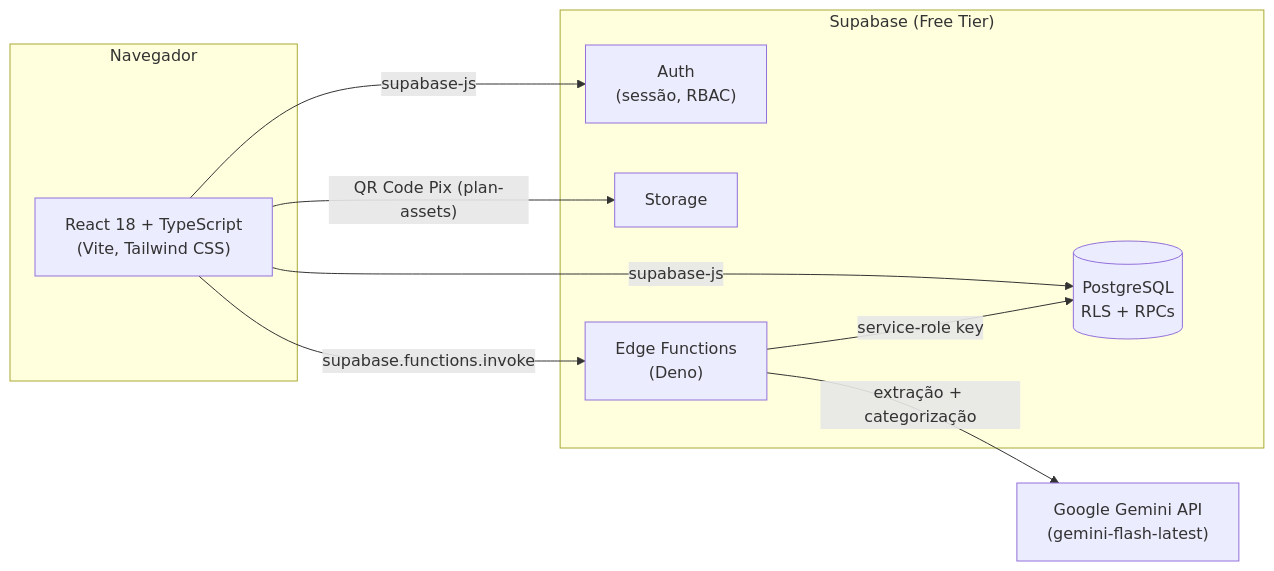
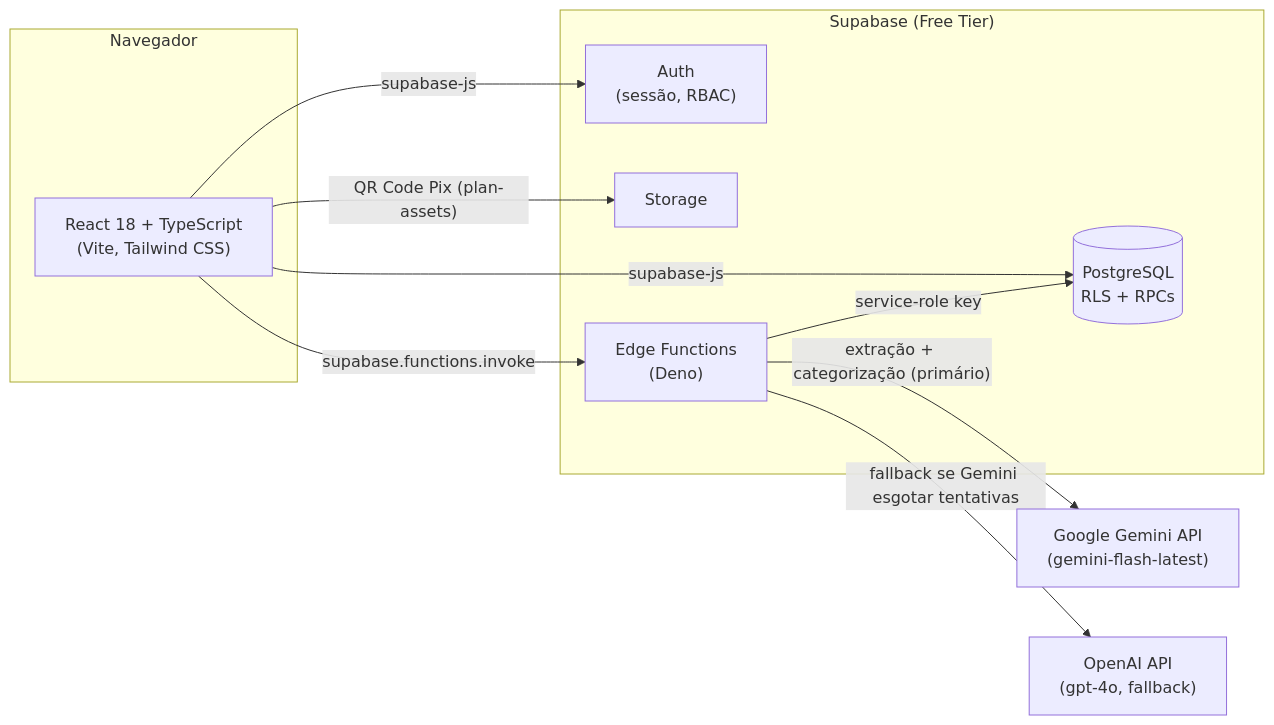
Before and after one commit to alessandrosaldanha/saas-contabilidade-igrejas: the diagram in README.md, drawn with Mermaid. The commit also changed other lines of this file and 2 other files, not shown here.

````diff
--- a/README.md
+++ b/README.md
@@ -63,22 +63,24 @@
 ```mermaid
 flowchart LR
     subgraph Client["Navegador"]
         A["React 18 + TypeScript\n(Vite, Tailwind CSS)"]
     end
 
     subgraph Supabase["Supabase (Free Tier)"]
         B[("PostgreSQL\nRLS + RPCs")]
         C["Auth\n(sessão, RBAC)"]
         D["Storage"]
         E["Edge Functions\n(Deno)"]
     end
 
     F["Google Gemini API\n(gemini-flash-latest)"]
+    G["OpenAI API\n(gpt-4o, fallback)"]
 
     A -- "supabase-js" --> B
     A -- "supabase-js" --> C
     A -- "supabase.functions.invoke" --> E
     A -- "QR Code Pix (plan-assets)" --> D
     E -- "service-role key" --> B
-    E -- "extração + categorização" --> F
+    E -- "extração + categorização (primário)" --> F
+    E -- "fallback se Gemini esgotar tentativas" --> G
 ```
````
